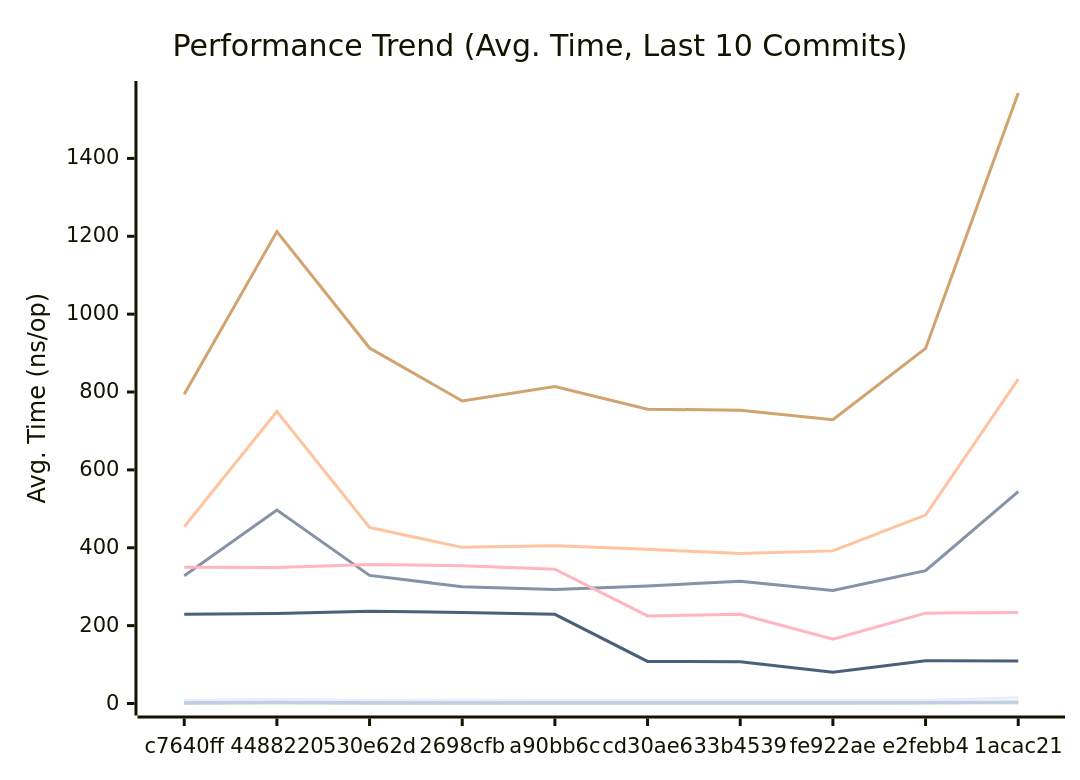
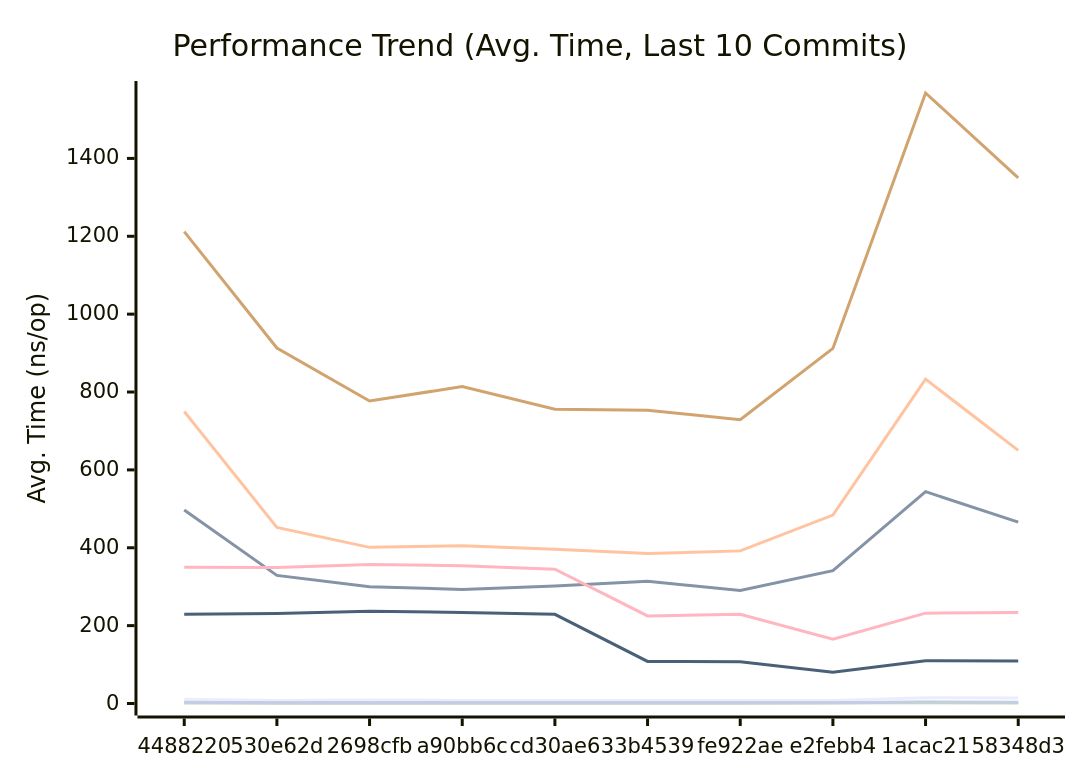
One commit to alsotoes/momo changed the first of 3 diagrams in docs/PERFORMANCE.md. Above: the diagram before and after it, drawn with Mermaid. The commit also changed other lines of this file and 8 other files, not shown here.

````diff
--- a/docs/PERFORMANCE.md
+++ b/docs/PERFORMANCE.md
@@ -80,16 +80,16 @@
 ```mermaid
 xychart-beta
     title "Performance Trend (Avg. Time, Last 10 Commits)"
     x-axis "Commit"
     y-axis "Avg. Time (ns/op)"
-    x-axis [c7640ff,4488220,530e62d,2698cfb,a90bb6c,cd30ae6,33b4539,fe922ae,e2febb4,1acac21]
-    line "CheckMetricsAndSwap" [8,11,8,9,8,8,8,8,8,15]
-    line "CrushOptimized" [328,497,329,300,293,302,314,290,341,544]
-    line "CrushOriginal" [454,750,452,401,405,396,385,392,484,833]
-    line "IndexDirectTracking" [0,1,0,0,0,0,0,0,1,1]
-    line "IndexSearch" [2,2,2,2,2,2,2,2,2,3]
-    line "LoadGlobalConfig" [794,1212,913,777,814,756,753,729,912,1568]
-    line "PadString" [2,3,2,2,2,2,2,2,2,4]
+    x-axis [4488220,530e62d,2698cfb,a90bb6c,cd30ae6,33b4539,fe922ae,e2febb4,1acac21,58348d3]
+    line "CheckMetricsAndSwap" [11,8,9,8,8,8,8,8,15,14]
+    line "CrushOptimized" [497,329,300,293,302,314,290,341,544,466]
+    line "CrushOriginal" [750,452,401,405,396,385,392,484,833,650]
+    line "IndexDirectTracking" [1,0,0,0,0,0,0,1,1,1]
+    line "IndexSearch" [2,2,2,2,2,2,2,2,3,2]
+    line "LoadGlobalConfig" [1212,913,777,814,756,753,729,912,1568,1350]
+    line "PadString" [3,2,2,2,2,2,2,2,4,3]
     line "ParseReplicationOrder_NoPrealloc" [350,349,357,354,345,225,229,165,232,234]
     line "ParseReplicationOrder_Prealloc" [229,231,237,234,229,108,107,80,110,109]
 ```
````
